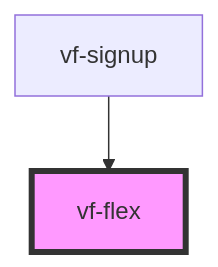
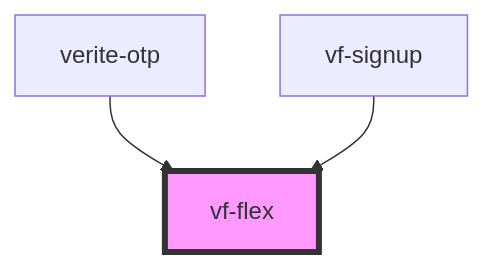
The diagram in packages/stencil-library/src/components/vf-flex/readme.md (verite-team/verite-elements), drawn with Mermaid before and after one commit. The commit also changed other lines of this file and 29 other files, not shown here.

````diff
--- a/packages/stencil-library/src/components/vf-flex/readme.md
+++ b/packages/stencil-library/src/components/vf-flex/readme.md
@@ -28,5 +29,6 @@
 ```mermaid
 graph TD;
+  verite-otp --> vf-flex
   vf-signup --> vf-flex
   style vf-flex fill:#f9f,stroke:#333,stroke-width:4px
 ```
````
